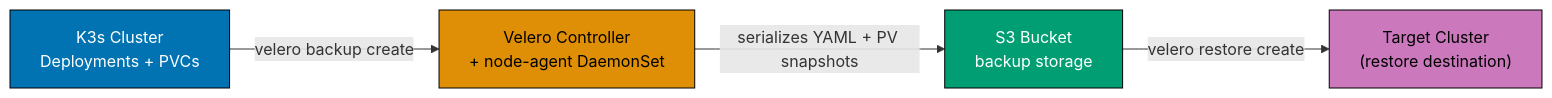
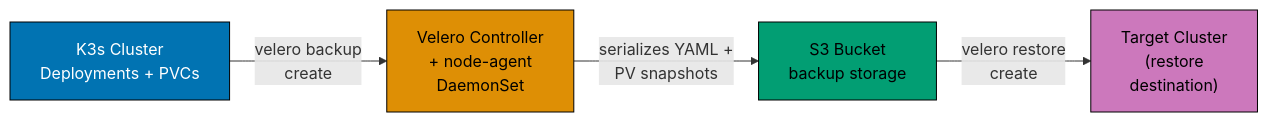
One commit to wahidyankf/ose-public changed the fourth of 12 diagrams in apps/ayokoding-www/content/en/learn/legacy/software-engineering/infrastructure/tools/k3s/by-example/advanced.md. Above: the diagram before and after it, drawn with Mermaid. The commit also changed other lines of this file and 131 other files, not shown here.

First line of the commit message:
fix(mermaid): bring the legacy data, infrastructure, and testing diagrams onto the accessible palette

````diff
--- a/apps/ayokoding-www/content/en/learn/legacy/software-engineering/infrastructure/tools/k3s/by-example/advanced.md
+++ b/apps/ayokoding-www/content/en/learn/legacy/software-engineering/infrastructure/tools/k3s/by-example/advanced.md
@@ -865,17 +887,24 @@
 ```mermaid
 %% Color Palette: Blue #0173B2, Orange #DE8F05, Teal #029E73, Purple #CC78BC, Brown #CA9161
 graph LR
+    accTitle: Example 67: Velero for Cluster Backup and Restore
+    accDescr: Graph with 4 nodes and 3 connections. Nodes: K3s Cluster Deployments + PVCs, Velero Controller + node-agent DaemonSet, S3 Bucket backup storage, Target Cluster (restore destination). Connections: K3s Cluster Deployments + PVCs to Velero Controller + node-agent DaemonSet (velero backup create), Velero Controller + node-agent DaemonSet to S3 Bucket backup storage (serializes YAML + PV snapshots), S3 Bucket backup storage to Target Cluster (restore destination) (velero restore create).
     K3S["K3s Cluster<br/>Deployments + PVCs"]
-    VC["Velero Controller<br/>+ node-agent DaemonSet"]
+    VC["Velero Controller<br/>+ node-agent<br/>DaemonSet"]
     S3["S3 Bucket<br/>backup storage"]
-    REST["Target Cluster<br/>(restore destination)"]
+    REST["Target Cluster<br/>(restore<br/>destination)"]
 
-    K3S -->|"velero backup create"| VC
-    VC -->|"serializes YAML + PV snapshots"| S3
-    S3 -->|"velero restore create"| REST
+    K3S -->|"velero backup<br/>create"| VC
+    VC -->|"serializes YAML +<br/>PV snapshots"| S3
+    S3 -->|"velero restore<br/>create"| REST
 
-    style K3S fill:#0173B2,stroke:#000,color:#fff
-    style VC fill:#DE8F05,stroke:#000,color:#000
-    style S3 fill:#029E73,stroke:#000,color:#fff
-    style REST fill:#CC78BC,stroke:#000,color:#000
+    classDef pal-0173B2 fill:#0173B2,stroke:#000000,color:#FFFFFF
+    class K3S pal-0173B2
+    classDef pal-DE8F05 fill:#DE8F05,stroke:#000000,color:#000000
+    class VC pal-DE8F05
+    classDef pal-029E73 fill:#029E73,stroke:#000000,color:#000000
+    class S3 pal-029E73
+    classDef pal-CC78BC fill:#CC78BC,stroke:#000000,color:#000000
+    class REST pal-CC78BC
+    classDef default fill:#FFFFFF,stroke:#000000,color:#000000
 ```
````
